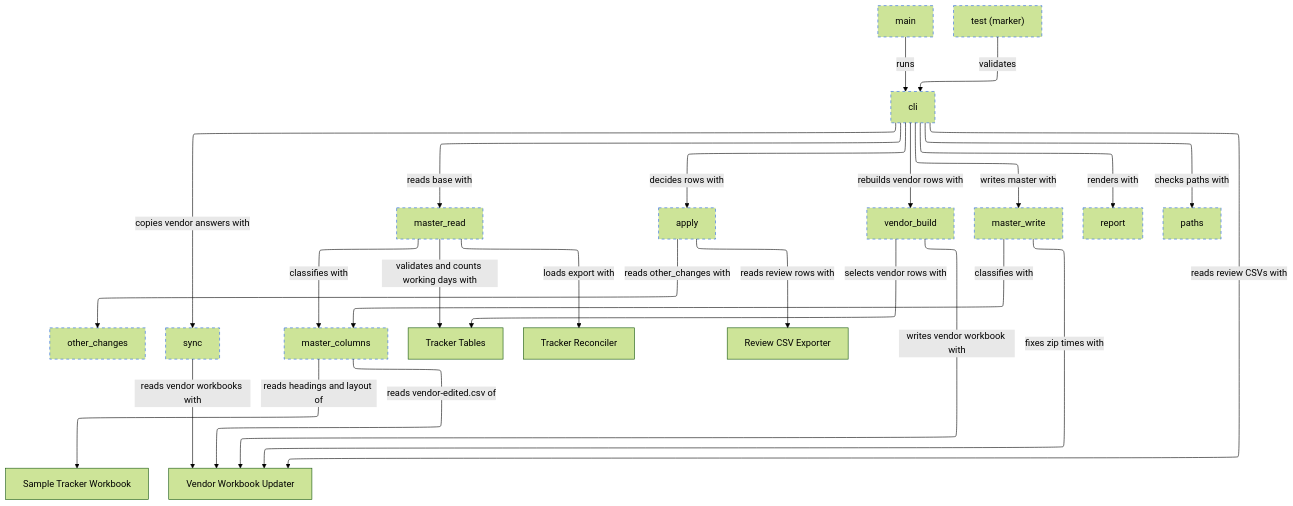
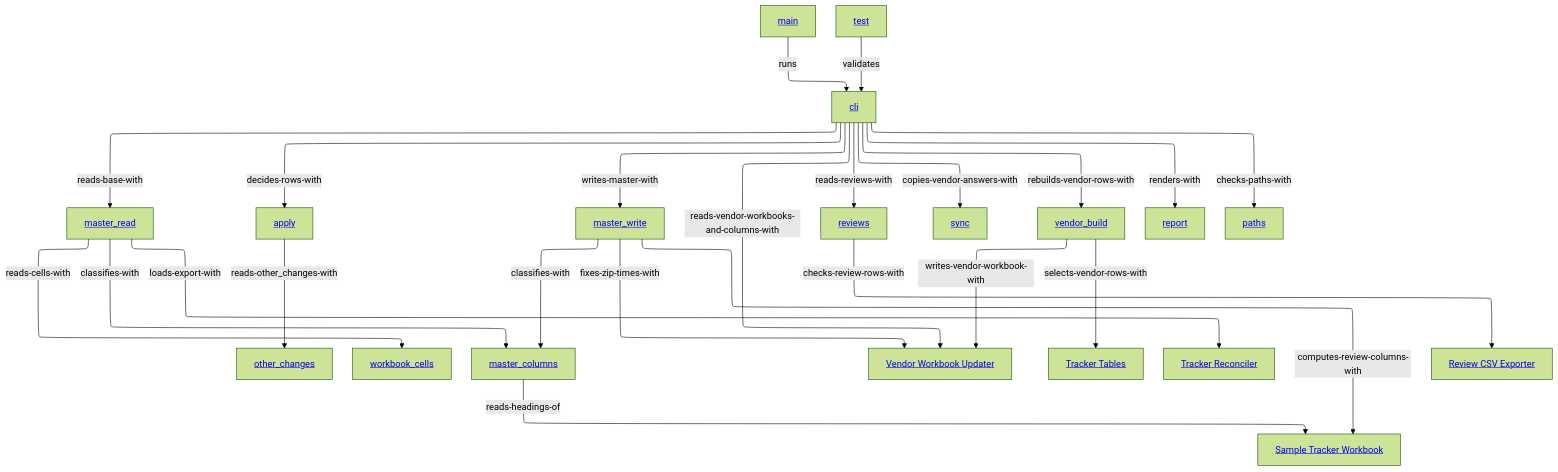
Before and after one commit to vrparthasarathy/migration-job-discovery: the diagram in tracker-tools/master-workbook-updater/README.md, drawn with Mermaid (forest theme). The commit also changed other lines of this file and 37 other files, not shown here.

Commit message:
Build Master Workbook Updater.

````diff
--- a/tracker-tools/master-workbook-updater/README.md
+++ b/tracker-tools/master-workbook-updater/README.md
@@ -71,31 +38,30 @@
 ```mermaid
 ---
 config:
   layout: elk
 ---
 %%{init: {"securityLevel": "loose"}}%%
 flowchart TB
-  main["main"]:::planned -->|"runs"| cli["cli"]:::planned
-  cli -->|"reads base with"| mread["master_read"]:::planned
-  cli -->|"decides rows with"| apply["apply"]:::planned
-  apply -->|"reads other_changes with"| oc["other_changes"]:::planned
-  cli -->|"copies vendor answers with"| sync["sync"]:::planned
-  cli -->|"rebuilds vendor rows with"| vbuild["vendor_build"]:::planned
-  cli -->|"writes master with"| mwrite["master_write"]:::planned
-  cli -->|"renders with"| report["report"]:::planned
-  cli -->|"checks paths with"| paths["paths"]:::planned
-  mread -->|"classifies with"| mcols["master_columns"]:::planned
-  mwrite -->|"classifies with"| mcols
-  mcols -->|"reads headings and layout of"| sample["Sample Tracker Workbook"]
-  mcols -->|"reads vendor-edited.csv of"| updater["Vendor Workbook Updater"]
-  sync -->|"reads vendor workbooks with"| updater
-  cli -->|"reads review CSVs with"| updater
-  vbuild -->|"writes vendor workbook with"| updater
-  mwrite -->|"fixes zip times with"| updater
-  vbuild -->|"selects vendor rows with"| tables["Tracker Tables"]
-  mread -->|"loads export with"| recon["Tracker Reconciler"]
-  mread -->|"validates and counts working days with"| tables
-  apply -->|"reads review rows with"| exporter["Review CSV Exporter"]
-  tests["test (marker)"]:::planned -->|"validates"| cli
-  classDef planned stroke-dasharray: 5 5,stroke:#2563eb
+  main["<a href='src/main.ts'>main</a>"] -->|runs| cli["<a href='src/cli.ts'>cli</a>"]
+  cli -->|reads-base-with| mread["<a href='src/master_read.ts'>master_read</a>"]
+  cli -->|reads-reviews-with| reviews["<a href='src/reviews.ts'>reviews</a>"]
+  cli -->|decides-rows-with| apply["<a href='src/apply.ts'>apply</a>"]
+  cli -->|copies-vendor-answers-with| sync["<a href='src/sync.ts'>sync</a>"]
+  cli -->|rebuilds-vendor-rows-with| vbuild["<a href='src/vendor_build.ts'>vendor_build</a>"]
+  cli -->|writes-master-with| mwrite["<a href='src/master_write.ts'>master_write</a>"]
+  cli -->|renders-with| report["<a href='src/report.ts'>report</a>"]
+  cli -->|checks-paths-with| paths["<a href='src/paths.ts'>paths</a>"]
+  apply -->|reads-other_changes-with| oc["<a href='src/other_changes.ts'>other_changes</a>"]
+  mread -->|reads-cells-with| cells["<a href='src/workbook_cells.ts'>workbook_cells</a>"]
+  mread -->|classifies-with| mcols["<a href='src/master_columns.ts'>master_columns</a>"]
+  mwrite -->|classifies-with| mcols
+  mcols -->|reads-headings-of| sample["<a href='../sample-tracker-workbook/README.md#design'>Sample Tracker Workbook</a>"]
+  mwrite -->|computes-review-columns-with| sample
+  cli -->|reads-vendor-workbooks-and-columns-with| updater["<a href='../vendor-workbook-updater/README.md#design'>Vendor Workbook Updater</a>"]
+  vbuild -->|writes-vendor-workbook-with| updater
+  mwrite -->|fixes-zip-times-with| updater
+  vbuild -->|selects-vendor-rows-with| tables["<a href='../tracker-tables/README.md#design'>Tracker Tables</a>"]
+  mread -->|loads-export-with| recon["<a href='../tracker-reconciler/README.md#design'>Tracker Reconciler</a>"]
+  reviews -->|checks-review-rows-with| exporter["<a href='../review-csv-exporter/README.md#design'>Review CSV Exporter</a>"]
+  tests["<a href='test/build.test.ts'>test</a>"] -->|validates| cli
 ```
````
